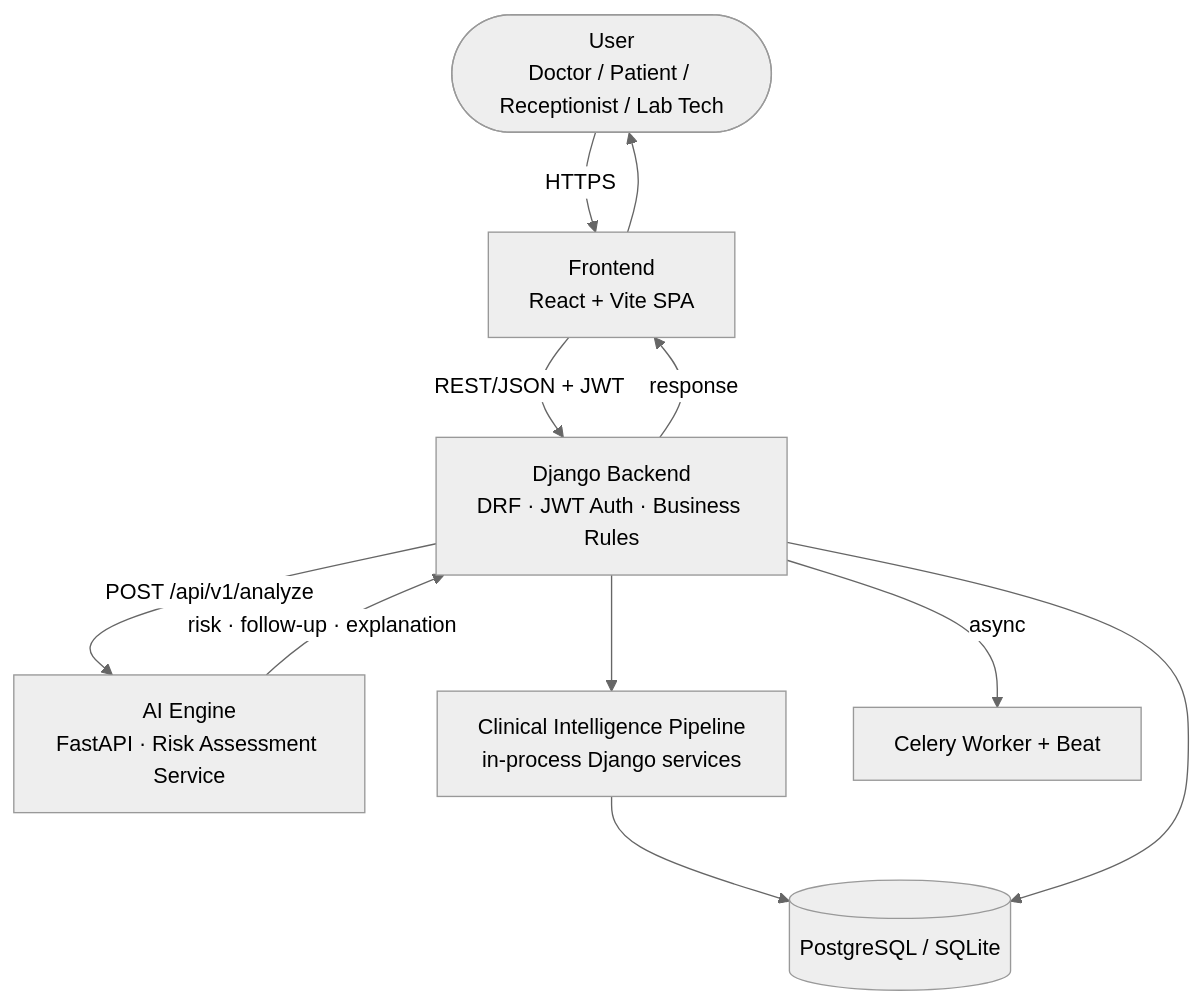
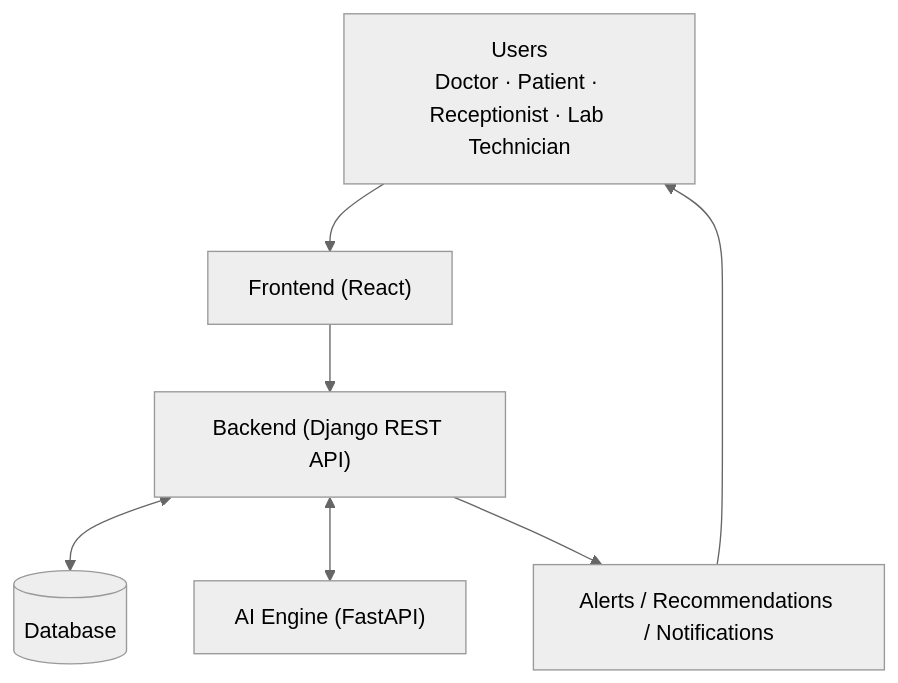
Before and after one commit to nimrafshaikh-sketch/nhce-healthtech-healbytes: the first of 3 diagrams in README.md, drawn with Mermaid (neutral theme). The commit also changed other lines of this file, not shown here.

````diff
--- a/README.md
+++ b/README.md
@@ -35,19 +45,14 @@
 ```mermaid
 flowchart TD
-    User(["User<br/>Doctor / Patient / Receptionist / Lab Tech"])
-    FE["Frontend<br/>React + Vite SPA"]
-    BE["Django Backend<br/>DRF · JWT Auth · Business Rules"]
-    AIE["AI Engine<br/>FastAPI · Risk Assessment Service"]
-    CIP["Clinical Intelligence Pipeline<br/>in-process Django services"]
-    Celery["Celery Worker + Beat"]
-    DB[("PostgreSQL / SQLite")]
+    U["Users<br/>Doctor · Patient · Receptionist · Lab Technician"]
+    FE["Frontend (React)"]
+    BE["Backend (Django REST API)"]
+    DB[("Database")]
+    AI["AI Engine (FastAPI)"]
+    OUT["Alerts / Recommendations / Notifications"]
 
-    User -->|HTTPS| FE
-    FE -->|"REST/JSON + JWT"| BE
-    BE -->|"POST /api/v1/analyze"| AIE
-    AIE -->|"risk · follow-up · explanation"| BE
-    BE --> CIP --> DB
-    BE --> DB
-    BE -->|async| Celery
-    BE -->|response| FE --> User
+    U --> FE --> BE
+    BE <--> DB
+    BE <--> AI
+    BE --> OUT --> U
 ```
````
